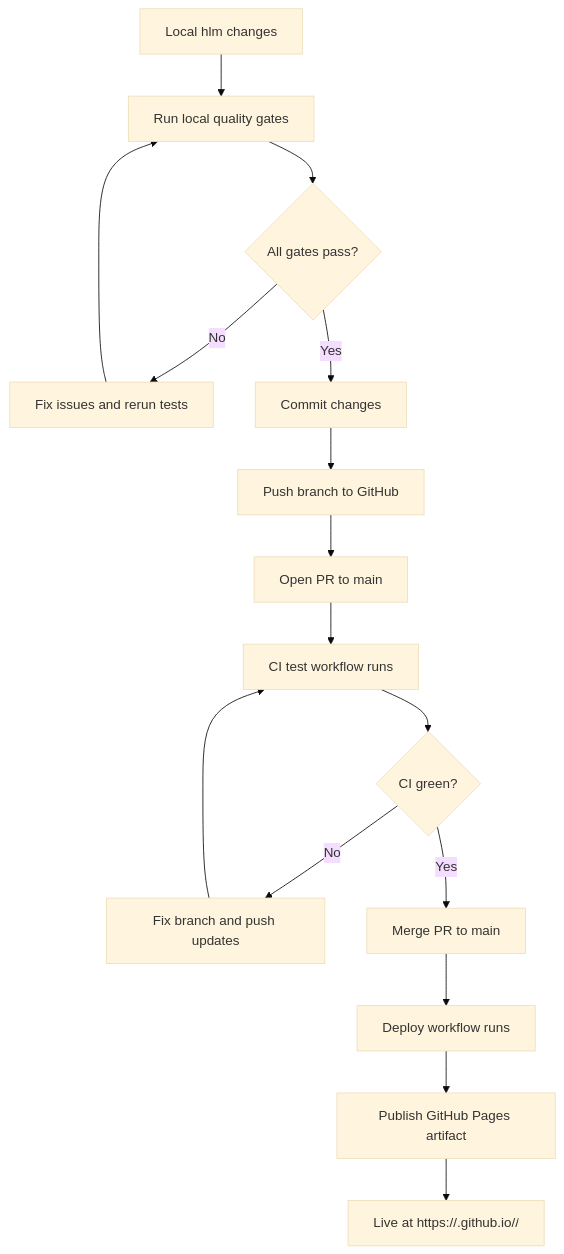
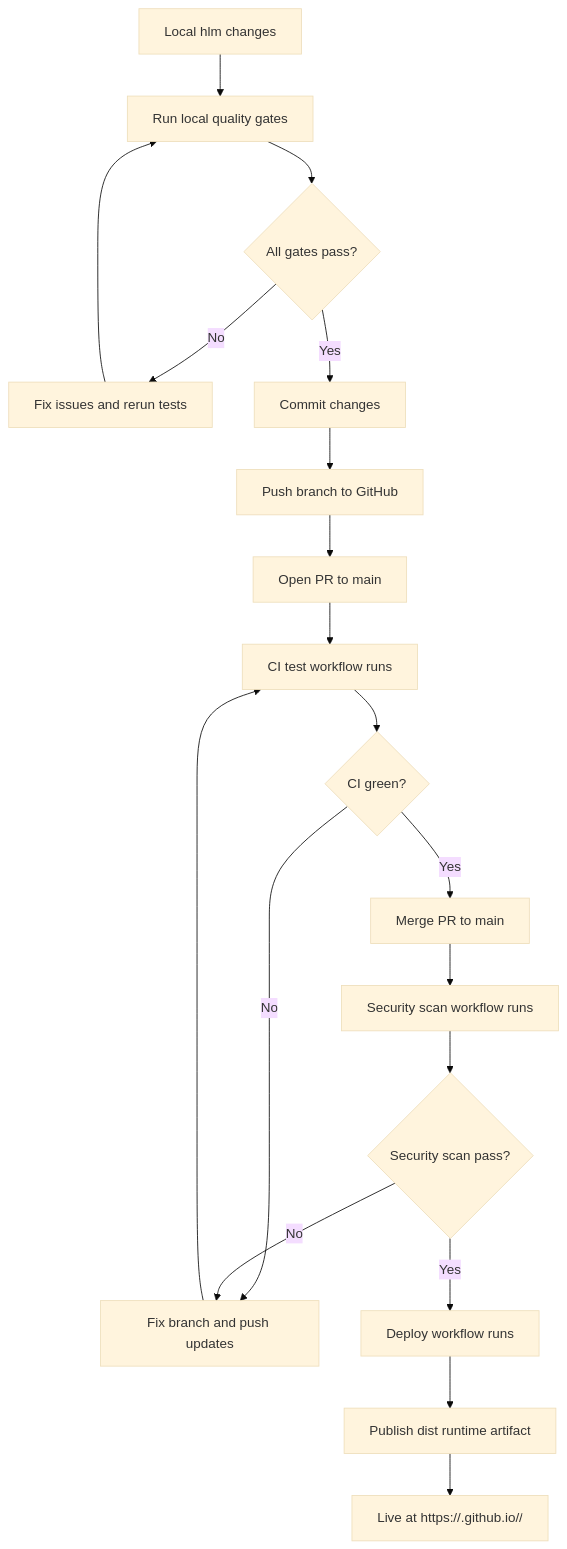
Before and after one commit to fingerfly/hlm: the second of 5 diagrams in DEPLOY_TO_GITHUB_MERMAID.md, drawn with Mermaid (base theme). The commit also changed other lines of this file and 68 other files, not shown here.

````diff
--- a/DEPLOY_TO_GITHUB_MERMAID.md
+++ b/DEPLOY_TO_GITHUB_MERMAID.md
@@ -20,18 +20,21 @@
 ```mermaid
 flowchart TD
   A[Local hlm changes] --> B[Run local quality gates]
   B --> C{All gates pass?}
   C -- No --> B1[Fix issues and rerun tests]
   B1 --> B
   C -- Yes --> D[Commit changes]
   D --> E[Push branch to GitHub]
   E --> F[Open PR to main]
   F --> G[CI test workflow runs]
   G --> H{CI green?}
   H -- No --> I[Fix branch and push updates]
   I --> G
   H -- Yes --> J[Merge PR to main]
-  J --> K[Deploy workflow runs]
-  K --> L[Publish GitHub Pages artifact]
-  L --> M[Live at https://<owner>.github.io/<repo>/]
+  J --> K[Security scan workflow runs]
+  K --> L{Security scan pass?}
+  L -- No --> I
+  L -- Yes --> M[Deploy workflow runs]
+  M --> N[Publish dist runtime artifact]
+  N --> O[Live at https://<owner>.github.io/<repo>/]
 ```
````
